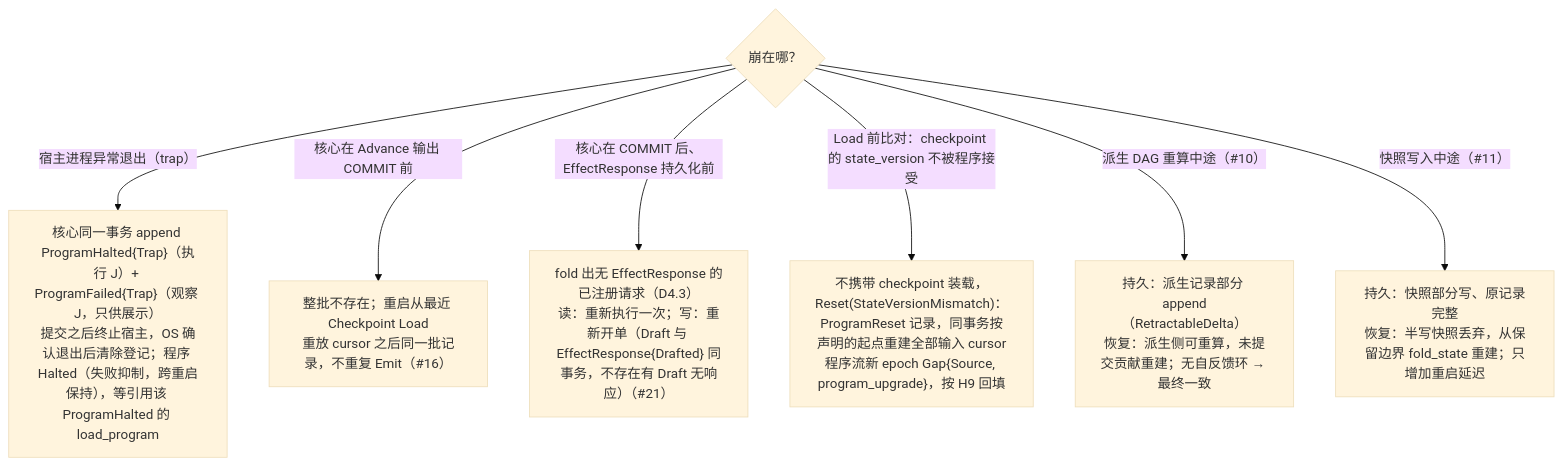
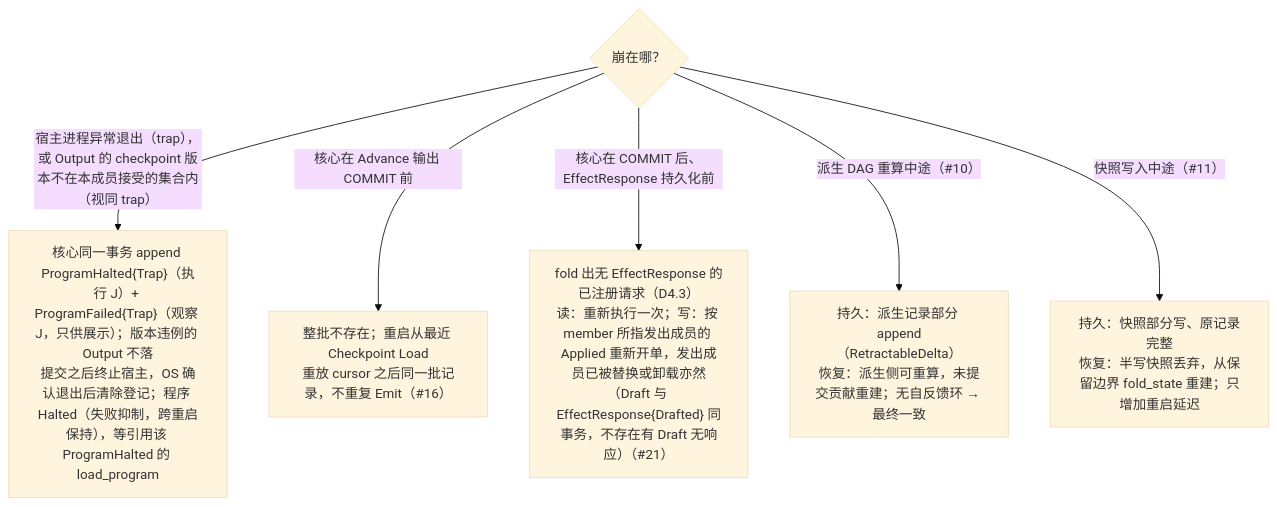
One commit to mouriya-s-lab/uta changed the fourth of 4 diagrams in design/diagrams/07-crash-recovery.md. Above: the diagram before and after it, drawn with Mermaid (base theme). The commit also changed other lines of this file and 7 other files, not shown here.

Commit message:
design: requests bound to their emitting program member, checkpoint version contract enforced on output, waiting members on replacement

````diff
--- a/design/diagrams/07-crash-recovery.md
+++ b/design/diagrams/07-crash-recovery.md
@@ -109,10 +109,9 @@
 ```mermaid
 flowchart TB
   Q{"崩在哪？"}
-  Q -->|"宿主进程异常退出（trap）"| T1["核心同一事务 append ProgramHalted{Trap}（执行 J）+ ProgramFailed{Trap}（观察 J，只供展示）<br/>提交之后终止宿主，OS 确认退出后清除登记；程序 Halted（失败抑制，跨重启保持），等引用该 ProgramHalted 的 load_program"]
+  Q -->|"宿主进程异常退出（trap），或 Output 的 checkpoint 版本不在本成员接受的集合内（视同 trap）"| T1["核心同一事务 append ProgramHalted{Trap}（执行 J）+ ProgramFailed{Trap}（观察 J，只供展示）；版本违例的 Output 不落<br/>提交之后终止宿主，OS 确认退出后清除登记；程序 Halted（失败抑制，跨重启保持），等引用该 ProgramHalted 的 load_program"]
   Q -->|"核心在 Advance 输出 COMMIT 前"| T2["整批不存在；重启从最近 Checkpoint Load<br/>重放 cursor 之后同一批记录，不重复 Emit（#16）"]
-  Q -->|"核心在 COMMIT 后、EffectResponse 持久化前"| T3["fold 出无 EffectResponse 的已注册请求（D4.3）<br/>读：重新执行一次；写：重新开单（Draft 与 EffectResponse{Drafted} 同事务，不存在有 Draft 无响应）（#21）"]
-  Q -->|"Load 前比对：checkpoint 的 state_version 不被程序接受"| T4["不携带 checkpoint 装载，Reset(StateVersionMismatch)：ProgramReset 记录，同事务按声明的起点重建全部输入 cursor<br/>程序流新 epoch Gap{Source, program_upgrade}，按 H9 回填"]
+  Q -->|"核心在 COMMIT 后、EffectResponse 持久化前"| T3["fold 出无 EffectResponse 的已注册请求（D4.3）<br/>读：重新执行一次；写：按 member 所指发出成员的 Applied 重新开单，发出成员已被替换或卸载亦然（Draft 与 EffectResponse{Drafted} 同事务，不存在有 Draft 无响应）（#21）"]
   Q -->|"派生 DAG 重算中途（#10）"| T5["持久：派生记录部分 append（RetractableDelta）<br/>恢复：派生侧可重算，未提交贡献重建；无自反馈环 → 最终一致"]
   Q -->|"快照写入中途（#11）"| T6["持久：快照部分写、原记录完整<br/>恢复：半写快照丢弃，从保留边界 fold_state 重建；只增加重启延迟"]
 ```
````
